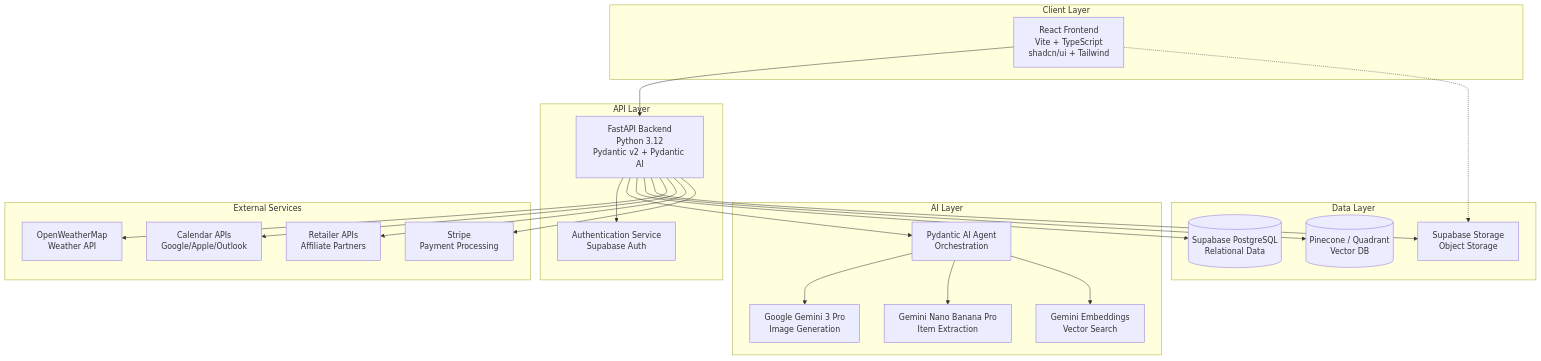
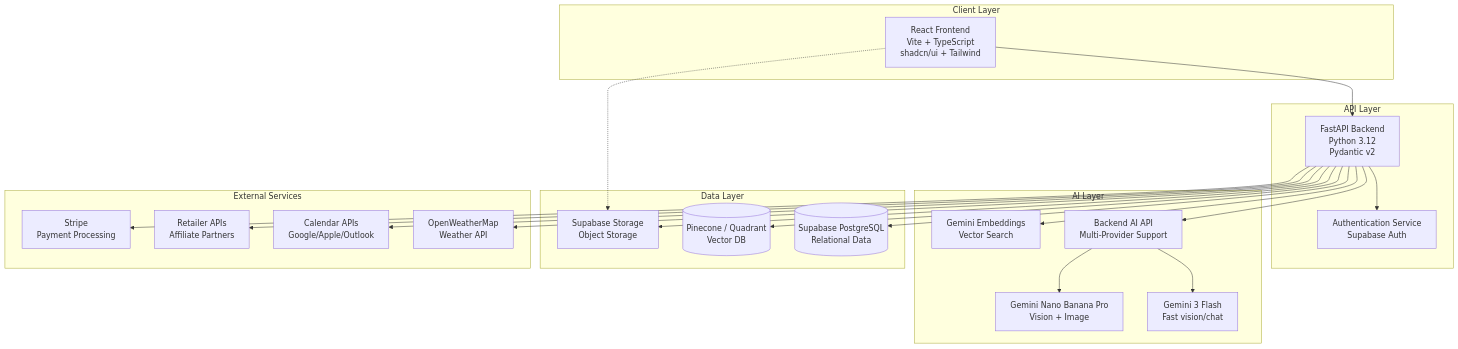
One commit to 360ghar/fitcheck-ai changed the first of 11 diagrams in docs/2-technical/architecture.md. Above: the diagram before and after it, drawn with Mermaid. The commit also changed other lines of this file and 204 other files, not shown here.

````diff
--- a/docs/2-technical/architecture.md
+++ b/docs/2-technical/architecture.md
@@ -9,47 +12,47 @@
 ```mermaid
 graph TB
     subgraph "Client Layer"
         FE[React Frontend<br/>Vite + TypeScript<br/>shadcn/ui + Tailwind]
     end
 
     subgraph "API Layer"
-        API[FastAPI Backend<br/>Python 3.12<br/>Pydantic v2 + Pydantic AI]
+        API[FastAPI Backend<br/>Python 3.12<br/>Pydantic v2]
         AUTH[Authentication Service<br/>Supabase Auth]
     end
 
     subgraph "AI Layer"
-        GEMINI[Google Gemini 3 Pro<br/>Image Generation]
-        GEMINI_NANO[Gemini Nano Banana Pro<br/>Item Extraction]
+        AI_API[Backend AI API<br/>Multi-Provider Support]
+        GEMINI_FLASH[Gemini 3 Flash<br/>Fast vision/chat]
+        GEMINI_NANO[Gemini Nano Banana Pro<br/>Vision + Image]
         EMBEDDINGS[Gemini Embeddings<br/>Vector Search]
-        PYDANTIC_AI[Pydantic AI Agent<br/>Orchestration]
     end
 
     subgraph "Data Layer"
         SUPABASE[(Supabase PostgreSQL<br/>Relational Data)]
         PINECONE[(Pinecone / Quadrant<br/>Vector DB)]
         STORAGE[Supabase Storage<br/>Object Storage]
     end
 
     subgraph "External Services"
         WEATHER[OpenWeatherMap<br/>Weather API]
         CALENDAR[Calendar APIs<br/>Google/Apple/Outlook]
         SHOPPING[Retailer APIs<br/>Affiliate Partners]
         PAYMENT[Stripe<br/>Payment Processing]
     end
 
     FE --> API
     API --> AUTH
-    API --> PYDANTIC_AI
-    PYDANTIC_AI --> GEMINI
-    PYDANTIC_AI --> GEMINI_NANO
-    PYDANTIC_AI --> EMBEDDINGS
+    API --> AI_API
+    AI_API --> GEMINI_FLASH
+    AI_API --> GEMINI_NANO
+    API --> EMBEDDINGS
     API --> SUPABASE
     API --> PINECONE
     API --> STORAGE
     API --> WEATHER
     API --> CALENDAR
     API --> SHOPPING
     API --> PAYMENT
 
     FE -.-> STORAGE
 ```
````
